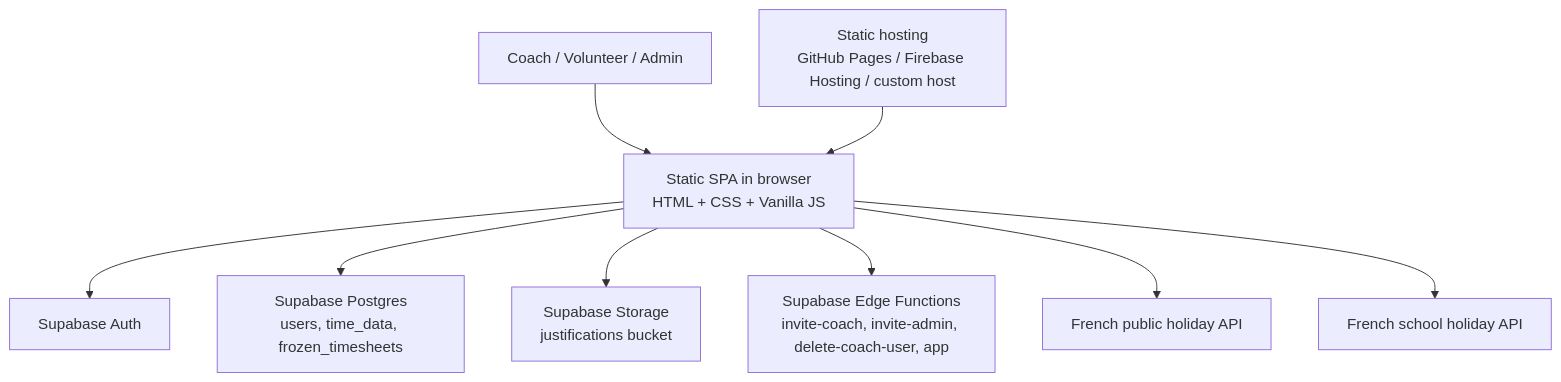
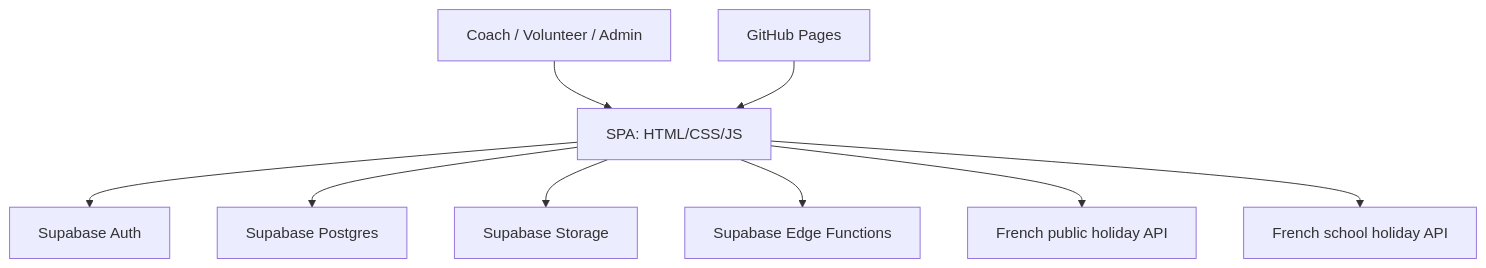
Before and after one commit to gaelc08/judo-coach-tracker: the diagram in docs/technical-architecture.md, drawn with Mermaid. The commit also changed other lines of this file and 1 other file, not shown here.

````diff
--- a/docs/technical-architecture.md
+++ b/docs/technical-architecture.md
@@ -25,21 +22,21 @@
 ```mermaid
 flowchart TD
-    User[Coach / Volunteer / Admin]
-    Browser[Static SPA in browser\nHTML + CSS + Vanilla JS]
-    Hosting[Static hosting\nGitHub Pages / Firebase Hosting / custom host]
-    Auth[Supabase Auth]
-    DB[Supabase Postgres\nusers, time_data, frozen_timesheets]
-    Storage[Supabase Storage\njustifications bucket]
-    Edge[Supabase Edge Functions\ninvite-coach, invite-admin, delete-coach-user, app]
-    External1[French public holiday API]
-    External2[French school holiday API]
+  User[Coach / Volunteer / Admin]
+  Browser[SPA: HTML/CSS/JS]
+  Hosting[GitHub Pages]
+  Auth[Supabase Auth]
+  DB[Supabase Postgres]
+  Storage[Supabase Storage]
+  Edge[Supabase Edge Functions]
+  Ext1[French public holiday API]
+  Ext2[French school holiday API]
 
-    User --> Browser
-    Hosting --> Browser
-    Browser --> Auth
-    Browser --> DB
-    Browser --> Storage
-    Browser --> Edge
-    Browser --> External1
-    Browser --> External2
+  User --> Browser
+  Hosting --> Browser
+  Browser --> Auth
+  Browser --> DB
+  Browser --> Storage
+  Browser --> Edge
+  Browser --> Ext1
+  Browser --> Ext2
 ```
````
